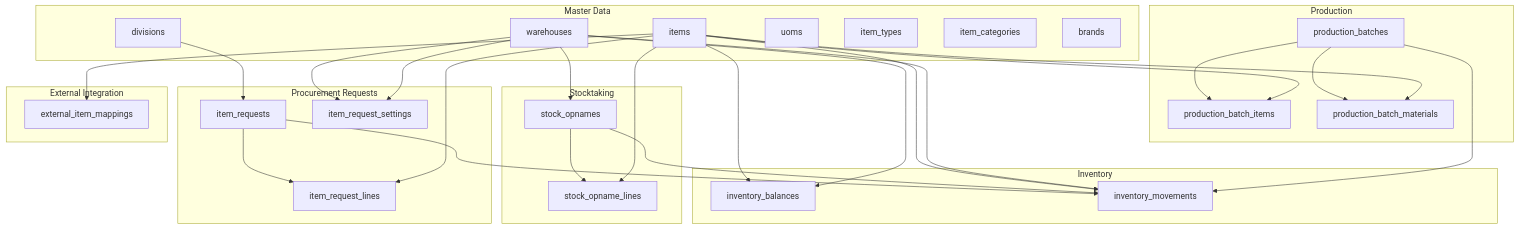
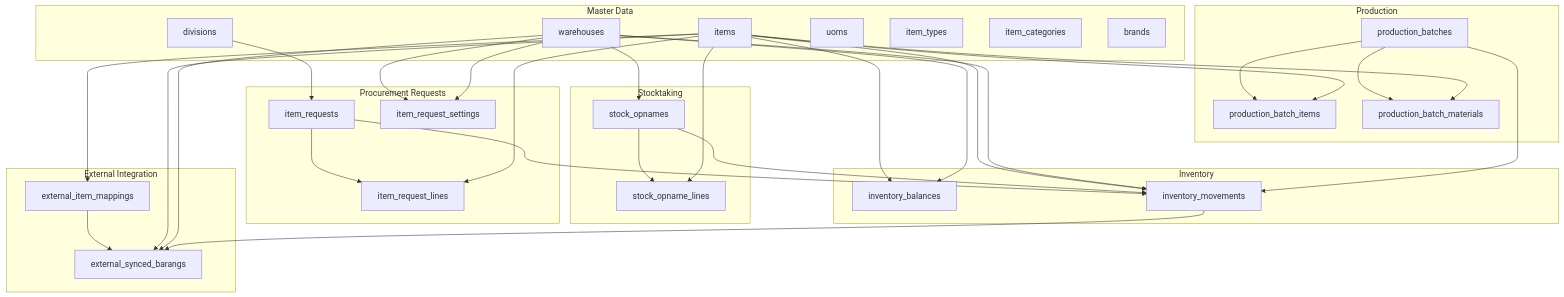
The first of 3 diagrams in .qoder/repowiki/en/content/Database Schema.md (Dikksap/laravel_RsvHelmet), drawn with Mermaid before and after one commit. The commit also changed other lines of this file and 108 other files, not shown here.

````diff
--- a/.qoder/repowiki/en/content/Database Schema.md
+++ b/.qoder/repowiki/en/content/Database Schema.md
@@ -42,53 +47,58 @@
 ```mermaid
 graph TB
 subgraph "Master Data"
 ITEMS["items"]
 WAREHOUSES["warehouses"]
 DIVISIONS["divisions"]
 UOMS["uoms"]
 ITEM_TYPES["item_types"]
 ITEM_CATEGORIES["item_categories"]
 BRANDS["brands"]
 end
 subgraph "Inventory"
 INV_BALANCES["inventory_balances"]
 INV_MOVEMENTS["inventory_movements"]
 end
 subgraph "Production"
 PROD_BATCHES["production_batches"]
 PROD_BATCH_ITEMS["production_batch_items"]
 PROD_BATCH_MATERIALS["production_batch_materials"]
 end
 subgraph "Stocktaking"
 STOCK_OPNAMES["stock_opnames"]
 STOCK_OPNAME_LINES["stock_opname_lines"]
 end
 subgraph "Procurement Requests"
 ITEM_REQUESTS["item_requests"]
 ITEM_REQUEST_LINES["item_request_lines"]
 ITEM_REQUEST_SETTINGS["item_request_settings"]
 end
 subgraph "External Integration"
 EXT_ITEM_MAPPINGS["external_item_mappings"]
+EXT_SYNCED_BARANGS["external_synced_barangs"]
 end
 ITEMS --> INV_BALANCES
 WAREHOUSES --> INV_BALANCES
 ITEMS --> INV_MOVEMENTS
 WAREHOUSES --> INV_MOVEMENTS
 PROD_BATCHES --> INV_MOVEMENTS
 PROD_BATCHES --> PROD_BATCH_ITEMS
 PROD_BATCHES --> PROD_BATCH_MATERIALS
 ITEMS --> PROD_BATCH_ITEMS
 ITEMS --> PROD_BATCH_MATERIALS
 WAREHOUSES --> STOCK_OPNAMES
 STOCK_OPNAMES --> STOCK_OPNAME_LINES
 ITEMS --> STOCK_OPNAME_LINES
 STOCK_OPNAMES --> INV_MOVEMENTS
 DIVISIONS --> ITEM_REQUESTS
 ITEM_REQUESTS --> ITEM_REQUEST_LINES
 ITEMS --> ITEM_REQUEST_LINES
 ITEM_REQUESTS --> INV_MOVEMENTS
 WAREHOUSES --> ITEM_REQUEST_SETTINGS
 WAREHOUSES --> ITEM_REQUEST_SETTINGS
 ITEMS --> EXT_ITEM_MAPPINGS
+EXT_ITEM_MAPPINGS --> EXT_SYNCED_BARANGS
+ITEMS --> EXT_SYNCED_BARANGS
+WAREHOUSES --> EXT_SYNCED_BARANGS
+INV_MOVEMENTS --> EXT_SYNCED_BARANGS
 ```
````
